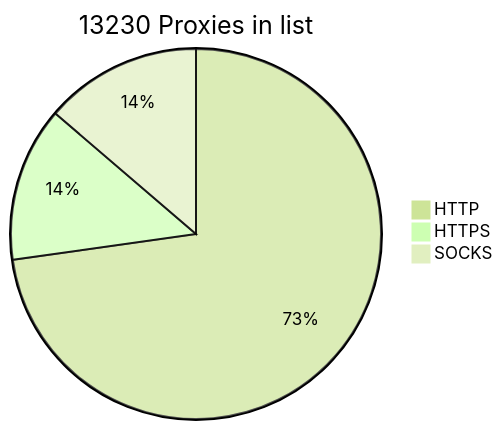
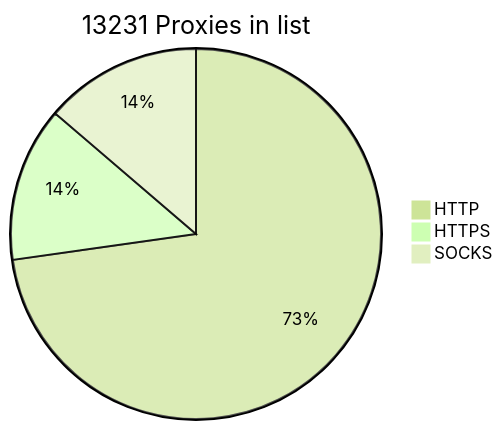
The diagram in README.md (BlackSnowDot/proxylist-update-every-minute), drawn with Mermaid (forest theme) before and after one commit.

````diff
--- a/README.md
+++ b/README.md
@@ -2,6 +2,6 @@
 ```mermaid
-pie title 13230 Proxies in list
+pie title 13231 Proxies in list
     "HTTP" : 9929
     "HTTPS": 1843
-    "SOCKS" : 1872
+    "SOCKS" : 1873
 ```
````
